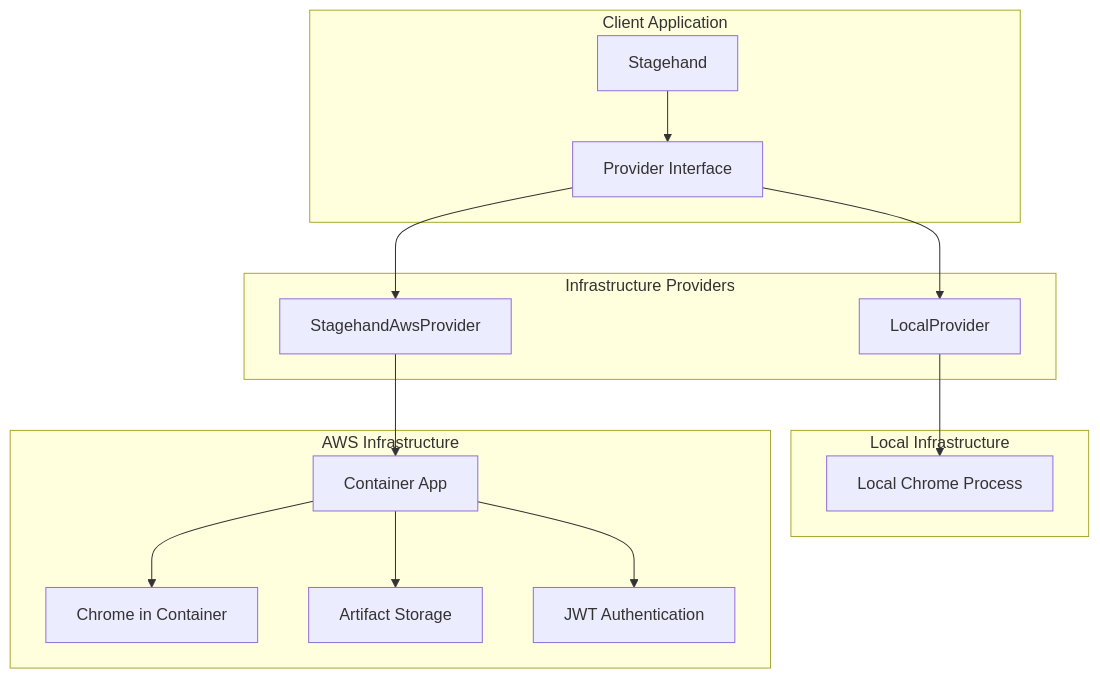
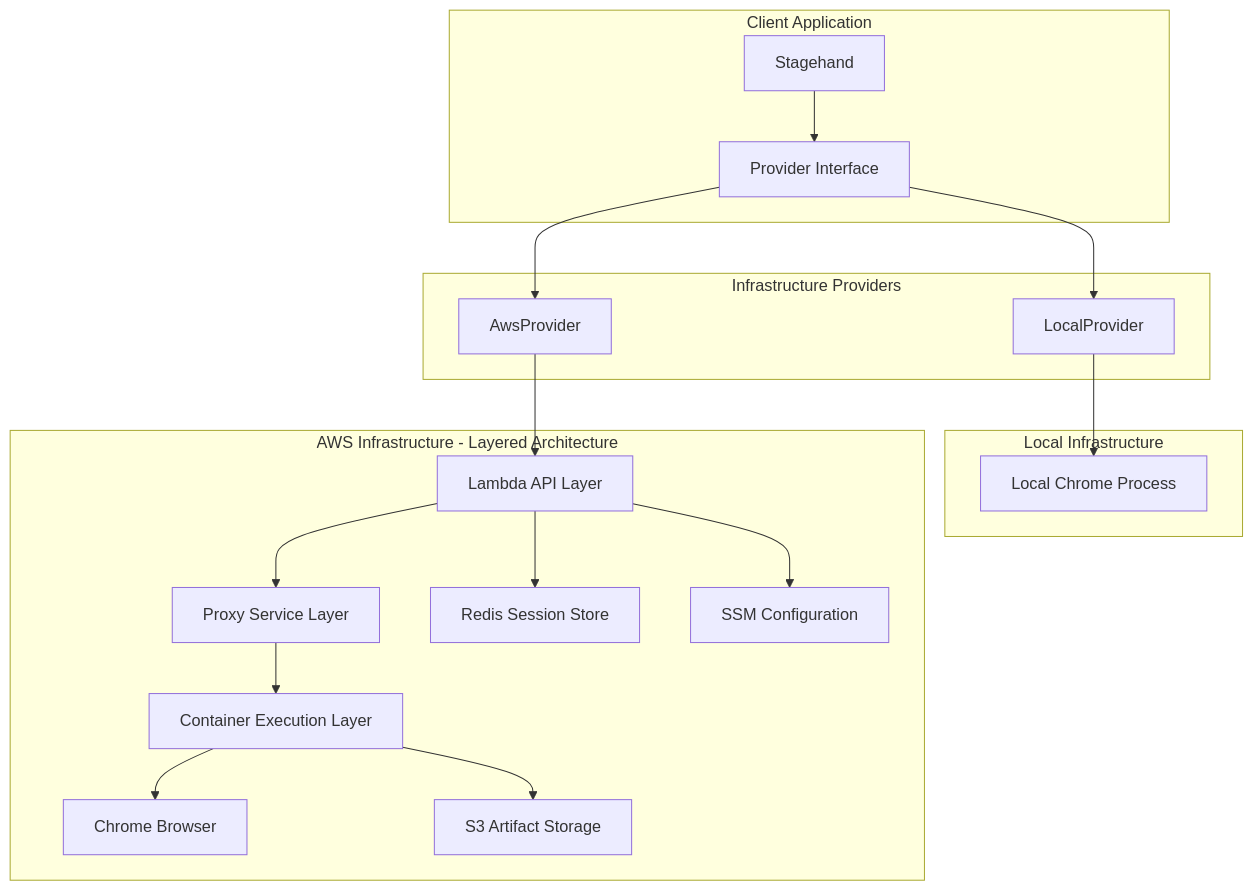
One commit to Volpestyle/wallcrawler changed the first of 4 diagrams in README.md. Above: the diagram before and after it, drawn with Mermaid. The commit also changed other lines of this file and 29 other files, not shown here.

````diff
--- a/README.md
+++ b/README.md
@@ -9,22 +11,26 @@
 ```mermaid
 graph TB
     subgraph "Client Application"
         A[Stagehand] --> B[Provider Interface]
     end
 
     subgraph "Infrastructure Providers"
         B --> C[LocalProvider]
-        B --> D[StagehandAwsProvider]
+        B --> D[AwsProvider]
     end
 
     subgraph "Local Infrastructure"
         C --> F[Local Chrome Process]
     end
 
-    subgraph "AWS Infrastructure"
-        D --> G[Container App]
-        G --> H[Chrome in Container]
-        G --> I[Artifact Storage]
-        G --> J[JWT Authentication]
+    subgraph "AWS Infrastructure - Layered Architecture"
+        D --> G[Lambda API Layer]
+        G --> H[Proxy Service Layer]
+        H --> I[Container Execution Layer]
+        I --> J[Chrome Browser]
+
+        G --> K[Redis Session Store]
+        I --> L[S3 Artifact Storage]
+        G --> M[SSM Configuration]
     end
 ```
````
